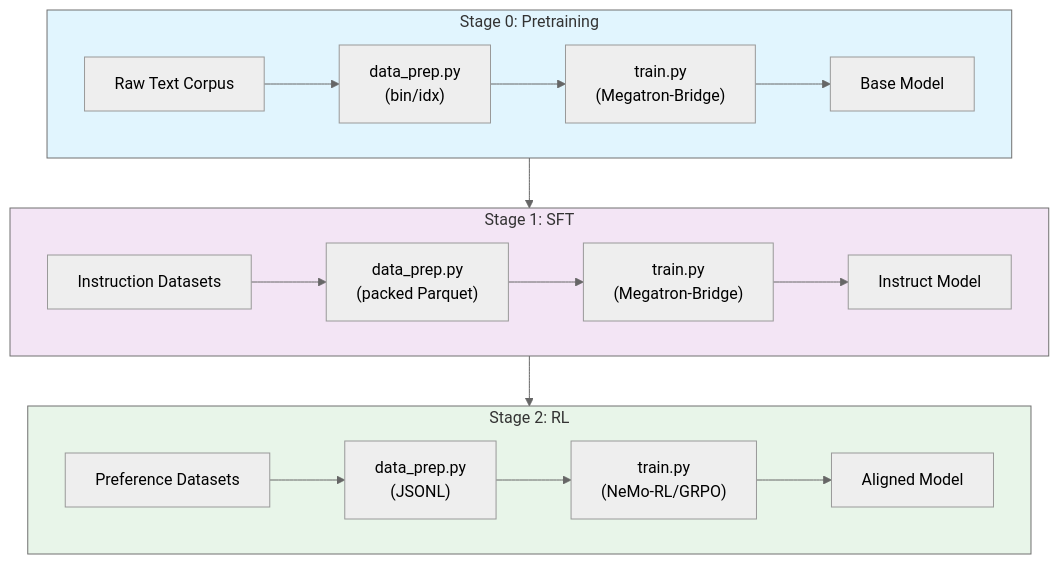
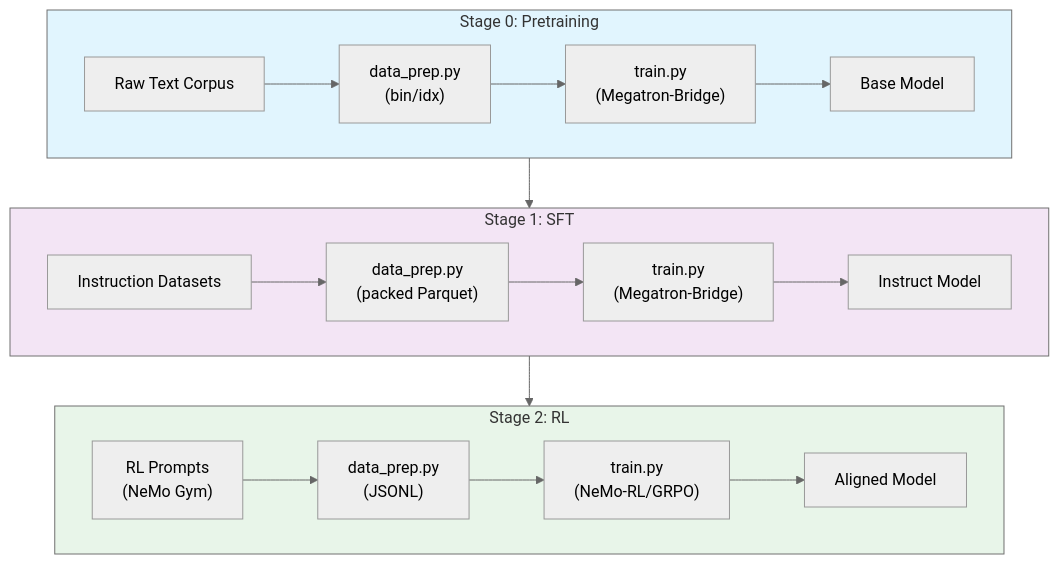
One commit to NVIDIA-NeMo/Nemotron changed the first of 2 diagrams in src/nemotron/recipes/lightning35/README.md. Above: the diagram before and after it, drawn with Mermaid (neutral theme). The commit also changed other lines of this file and 166 other files, not shown here.

````diff
--- a/src/nemotron/recipes/lightning35/README.md
+++ b/src/nemotron/recipes/lightning35/README.md
@@ -44,24 +47,24 @@
 ```mermaid
 flowchart TB
     subgraph stage0["Stage 0: Pretraining"]
         direction LR
         raw["Raw Text Corpus"] --> dp0["data_prep.py<br/>(bin/idx)"] --> train0["train.py<br/>(Megatron-Bridge)"] --> base["Base Model"]
     end
 
     subgraph stage1["Stage 1: SFT"]
         direction LR
         inst["Instruction Datasets"] --> dp1["data_prep.py<br/>(packed Parquet)"] --> train1["train.py<br/>(Megatron-Bridge)"] --> instruct["Instruct Model"]
     end
 
     subgraph stage2["Stage 2: RL"]
         direction LR
-        pref["Preference Datasets"] --> dp2["data_prep.py<br/>(JSONL)"] --> train2["train.py<br/>(NeMo-RL/GRPO)"] --> aligned["Aligned Model"]
+        pref["RL Prompts<br/>(NeMo Gym)"] --> dp2["data_prep.py<br/>(JSONL)"] --> train2["train.py<br/>(NeMo-RL/GRPO)"] --> aligned["Aligned Model"]
     end
 
     base --> train1
     instruct --> train2
 
     style stage0 fill:#e1f5fe
     style stage1 fill:#f3e5f5
     style stage2 fill:#e8f5e9
 ```
````
